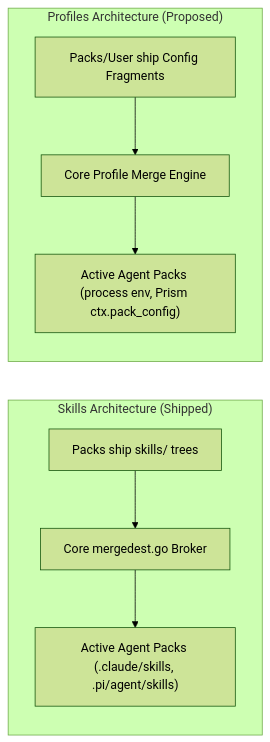
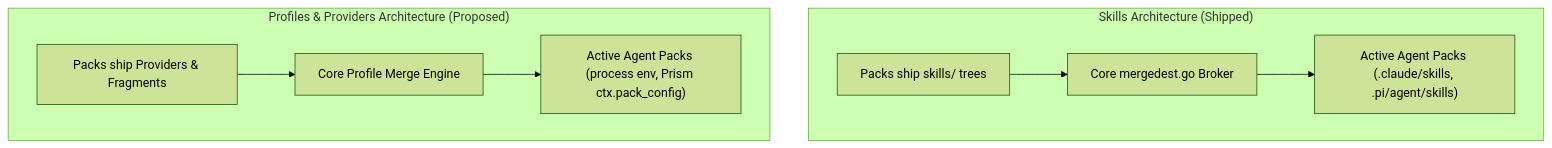
Before and after one commit to mschulkind-oss/yolo-jail: the third of 4 diagrams in docs/design/pack-profiles.md, drawn with Mermaid (forest theme). The commit also changed other lines of this file, not shown here.

Commit message:
docs: expand pack profiles design with typed ProviderSpec, dual-layer architecture, and secrets isolation

````diff
--- a/docs/design/pack-profiles.md
+++ b/docs/design/pack-profiles.md
@@ -318,12 +286,12 @@
 ```mermaid
-flowchart LR
+flowchart TD
     subgraph "Skills Architecture (Shipped)"
         S_SRC["Packs ship skills/ trees"] --> S_BROKER["Core mergedest.go Broker"]
         S_BROKER --> S_DEST["Active Agent Packs (.claude/skills, .pi/agent/skills)"]
     end
 
-    subgraph "Profiles Architecture (Proposed)"
-        P_SRC["Packs/User ship Config Fragments"] --> P_BROKER["Core Profile Merge Engine"]
+    subgraph "Profiles & Providers Architecture (Proposed)"
+        P_SRC["Packs ship Providers & Fragments"] --> P_BROKER["Core Profile Merge Engine"]
         P_BROKER --> P_DEST["Active Agent Packs (process env, Prism ctx.pack_config)"]
     end
 ```
````
